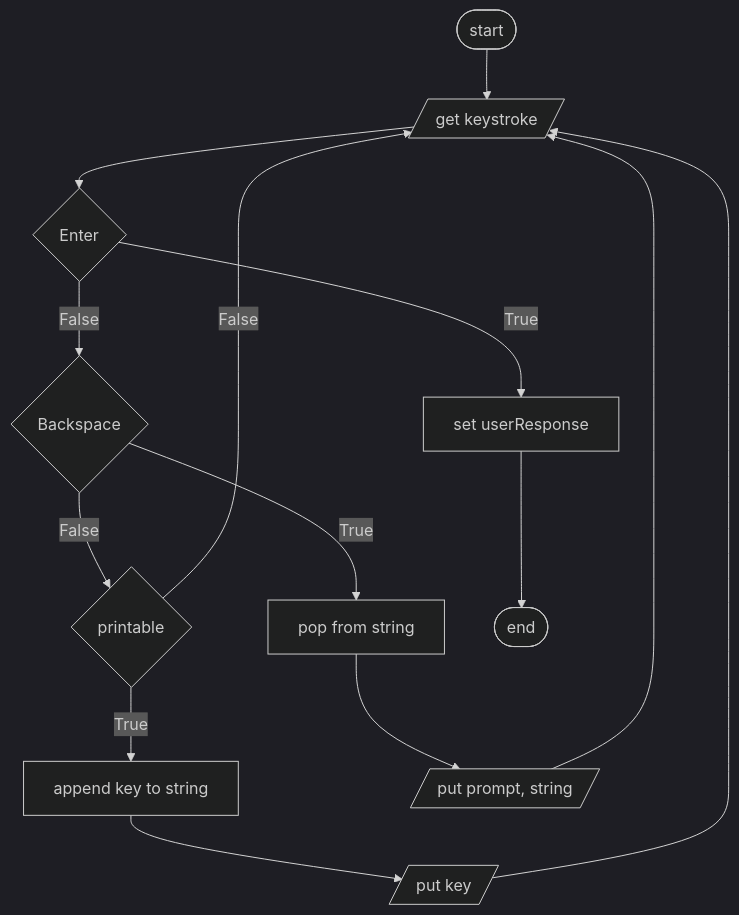
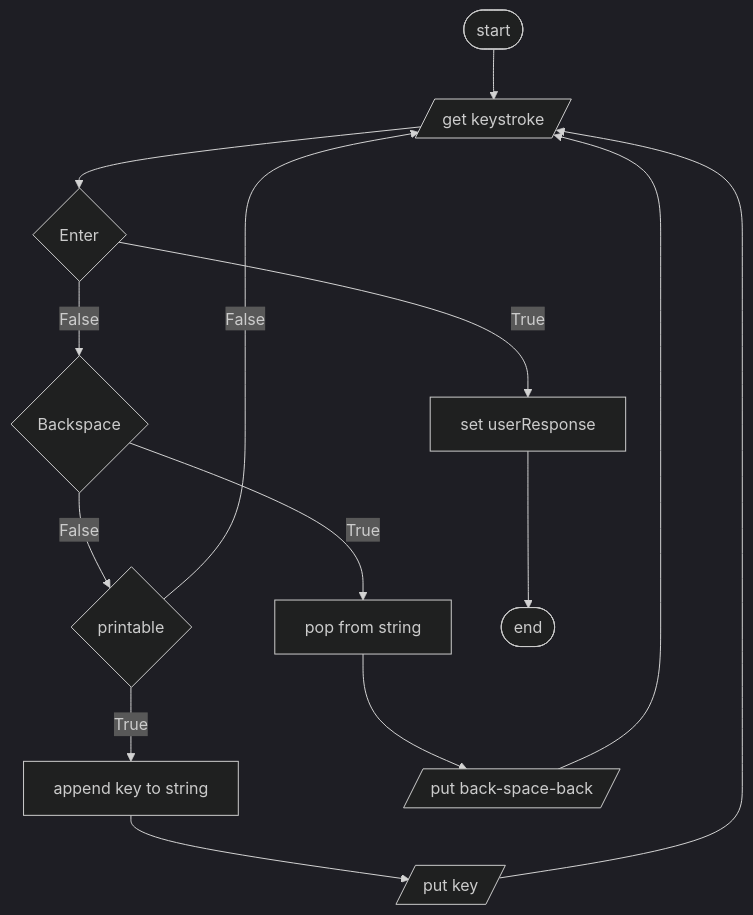
Before and after one commit to 7s4e/p3: the seventh of 13 diagrams in scripts/console/design.md, drawn with Mermaid (dark theme). The commit also changed 2 other files, not shown here.

Commit message:
work test read string

````diff
--- a/scripts/console/design.md
+++ b/scripts/console/design.md
@@ -198,27 +198,27 @@
 ```mermaid
 flowchart TB
     STR([start])
         STR --> GETK
     ADD[append key to string]
         ADD --> PUTK
     BCK{Backspace}
         BCK -- True --> POP
         BCK -- False --> PNT
     ENT{Enter}
         ENT -- True --> SET
         ENT -- False --> BCK
     GETK[/get keystroke/]
         GETK --> ENT
     PNT{printable}
         PNT -- True --> ADD
         PNT -- False --> GETK
     POP[pop from string]
         POP --> PUTP
     PUTK[/put key/]
         PUTK --> GETK
-    PUTP[/put prompt, string/]
+    PUTP[/put back-space-back/]
         PUTP --> GETK
     SET[set userResponse]
         SET --> END
     END([end])
 ```
````
